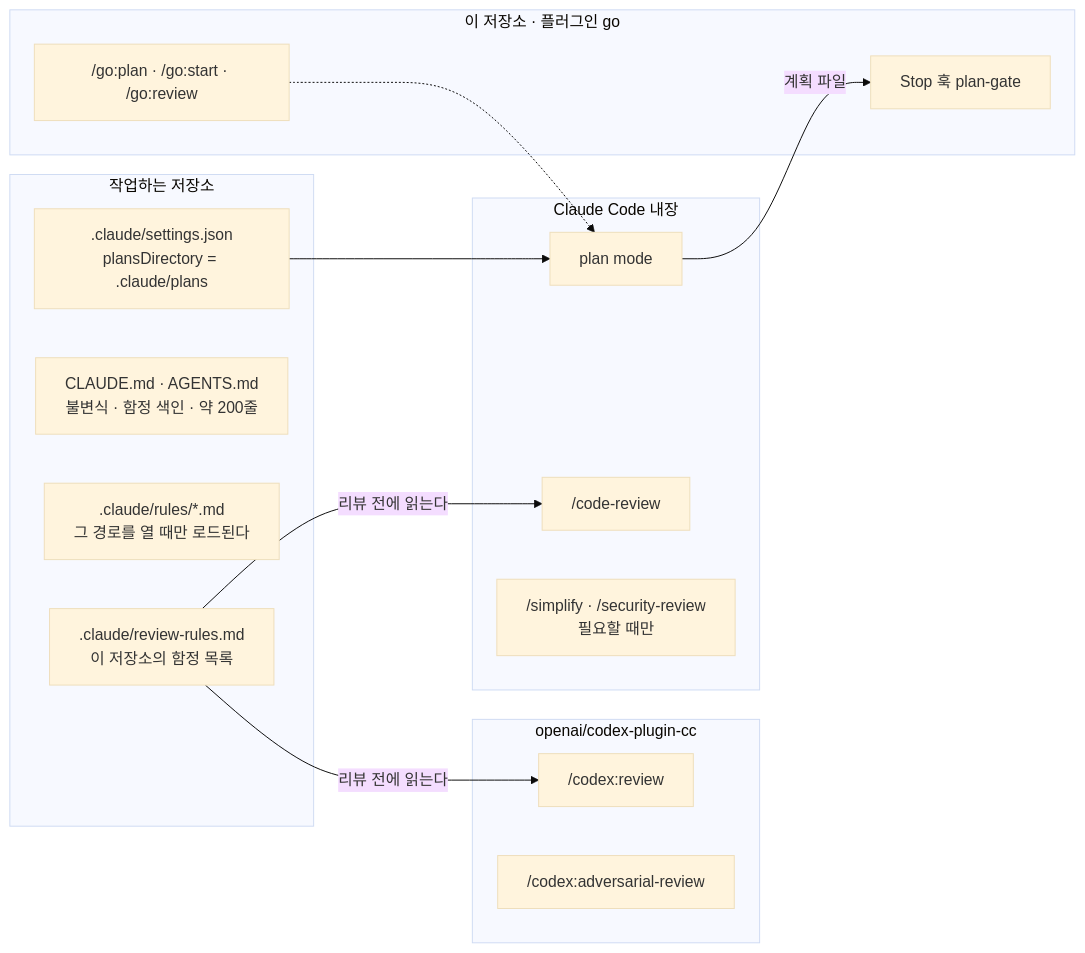
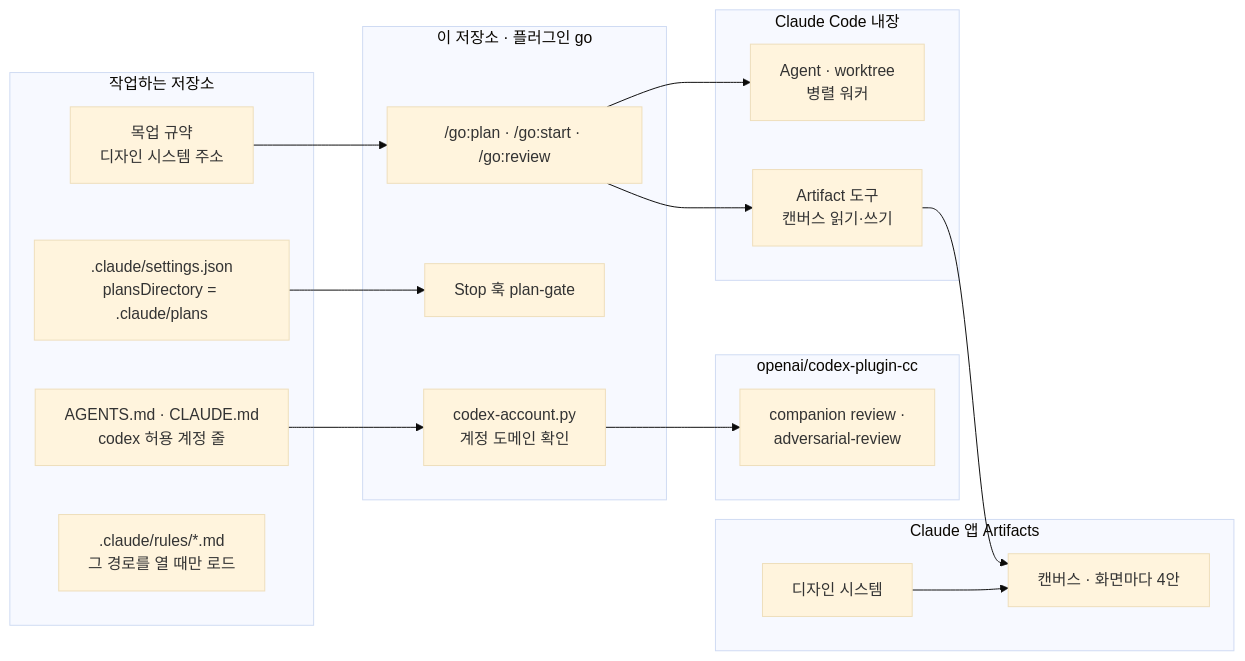
One commit to jwjinn/go-skill changed the third of 4 diagrams in README.md. Above: the diagram before and after it, drawn with Mermaid (base theme). The commit also changed other lines of this file and 3 other files, not shown here.

First line of the commit message:
feat(go): /go:review 에 codex 계정 확인을 되살리고, 캔버스 연동이 없으면 설정을 안내한다 · README 를 지금 구조로 다시 쓴다 (#11)

````diff
--- a/README.md
+++ b/README.md
@@ -90,31 +154,38 @@
 ```mermaid
 flowchart LR
-    subgraph CC["Claude Code 내장"]
-        A1["plan mode"]
-        A2["/code-review"]
-        A3["/simplify · /security-review<br/>필요할 때만"]
+    subgraph GS["이 저장소 · 플러그인 go"]
+        B1["/go:plan · /go:start · /go:review"]
+        B2["Stop 훅 plan-gate"]
+        B3["codex-account.py<br/>계정 도메인 확인"]
     end
 
-    subgraph GS["이 저장소 · 플러그인 go"]
-        B1["Stop 훅 plan-gate"]
-        B2["/go:plan · /go:start · /go:review"]
+    subgraph CC["Claude Code 내장"]
+        A1["Agent · worktree<br/>병렬 워커"]
+        A2["Artifact 도구<br/>캔버스 읽기·쓰기"]
     end
 
     subgraph OX["openai/codex-plugin-cc"]
-        C1["/codex:review"]
-        C2["/codex:adversarial-review"]
+        C1["companion review ·<br/>adversarial-review"]
+    end
+
+    subgraph CD["Claude 앱 Artifacts"]
+        D1["디자인 시스템"]
+        D2["캔버스 · 화면마다 4안"]
     end
 
     subgraph PJ["작업하는 저장소"]
         P1[".claude/settings.json<br/>plansDirectory = .claude/plans"]
-        P2["CLAUDE.md · AGENTS.md<br/>불변식 · 함정 색인 · 약 200줄"]
-        P3[".claude/rules/*.md<br/>그 경로를 열 때만 로드된다"]
-        P4[".claude/review-rules.md<br/>이 저장소의 함정 목록"]
+        P2["AGENTS.md · CLAUDE.md<br/>codex 허용 계정 줄"]
+        P3["목업 규약<br/>디자인 시스템 주소"]
+        P4[".claude/rules/*.md<br/>그 경로를 열 때만 로드"]
     end
 
-    P1 --> A1
-    A1 -->|"계획 파일"| B1
-    P4 -->|"리뷰 전에 읽는다"| A2
-    P4 -->|"리뷰 전에 읽는다"| C1
-    B2 -.-> A1
+    B1 --> A1
+    B1 --> A2
+    A2 --> D2
+    D1 --> D2
+    P3 --> B1
+    P2 --> B3
+    B3 --> C1
+    P1 --> B2
 ```
````
